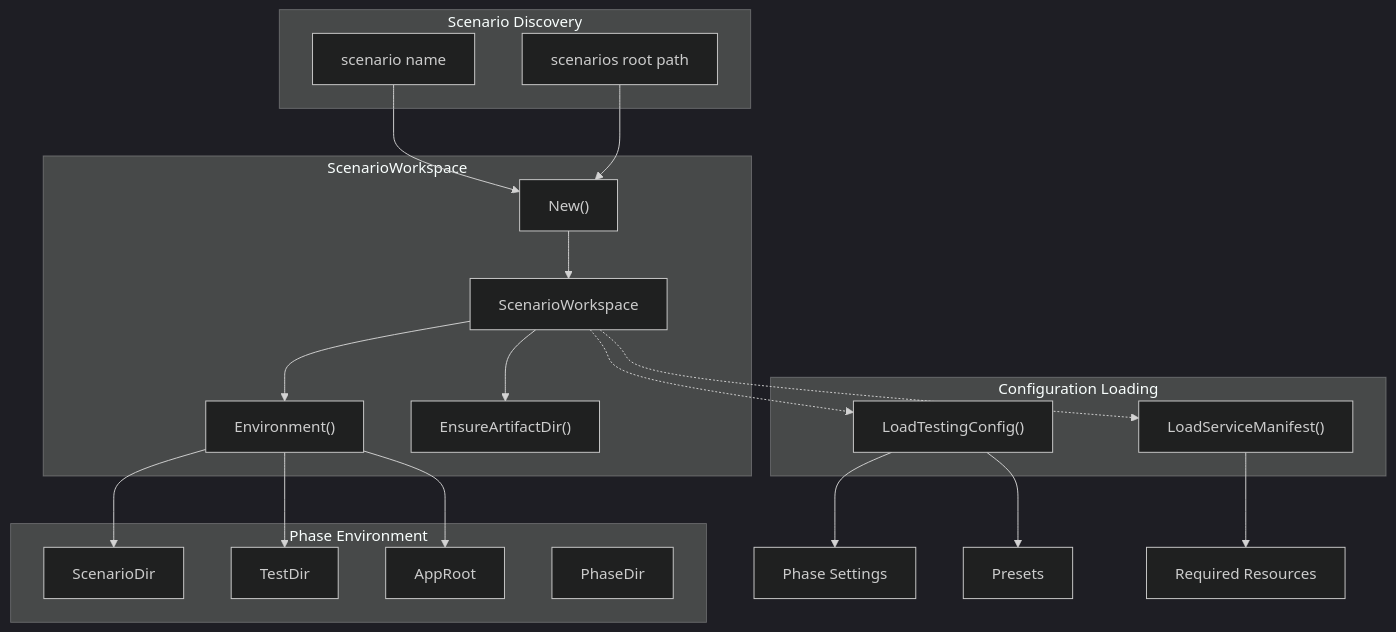
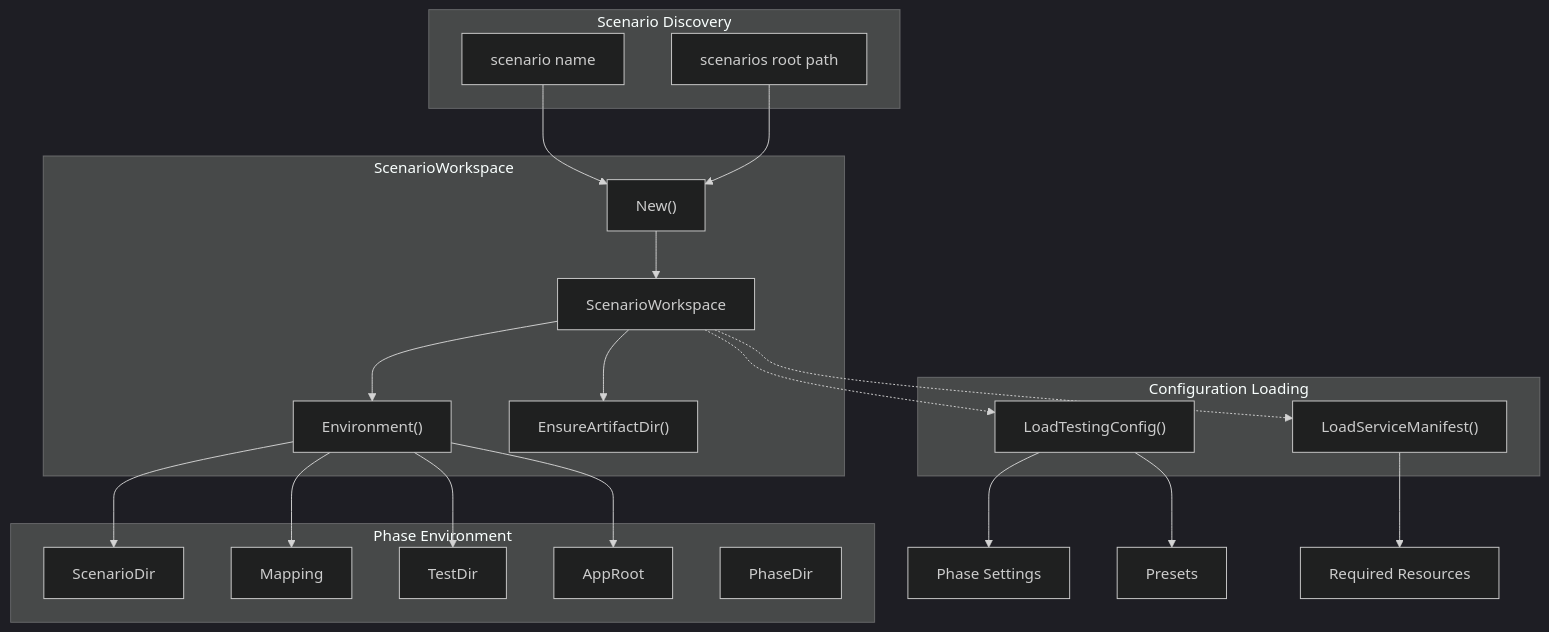
Before and after one commit to Vrooli/Vrooli: the first of 2 diagrams in scenarios/test-genie/api/internal/orchestrator/workspace/README.md, drawn with Mermaid (dark theme). The commit also changed other lines of this file and 73 other files, not shown here.

````diff
--- a/scenarios/test-genie/api/internal/orchestrator/workspace/README.md
+++ b/scenarios/test-genie/api/internal/orchestrator/workspace/README.md
@@ -7,41 +7,43 @@
 ```mermaid
 flowchart TB
     subgraph Input["Scenario Discovery"]
         name["scenario name"]
         root["scenarios root path"]
     end
 
     subgraph Workspace["ScenarioWorkspace"]
         new["New()"]
         sw["ScenarioWorkspace"]
         env["Environment()"]
     artifact["EnsureArtifactDir()"]
     end
 
     subgraph Config["Configuration Loading"]
         testing["LoadTestingConfig()"]
         manifest["LoadServiceManifest()"]
     end
 
     subgraph Output["Phase Environment"]
         scenarioDir["ScenarioDir"]
+        mapping["Mapping"]
         testDir["TestDir"]
         appRoot["AppRoot"]
         phaseDir["PhaseDir"]
     end
 
     name --> new
     root --> new
     new --> sw
     sw --> env
     sw --> artifact
     env --> scenarioDir
+    env --> mapping
     env --> testDir
     env --> appRoot
 
     sw -.-> testing
     sw -.-> manifest
     testing --> phaseSettings["Phase Settings"]
     testing --> presets["Presets"]
     manifest --> resources["Required Resources"]
 ```
````
